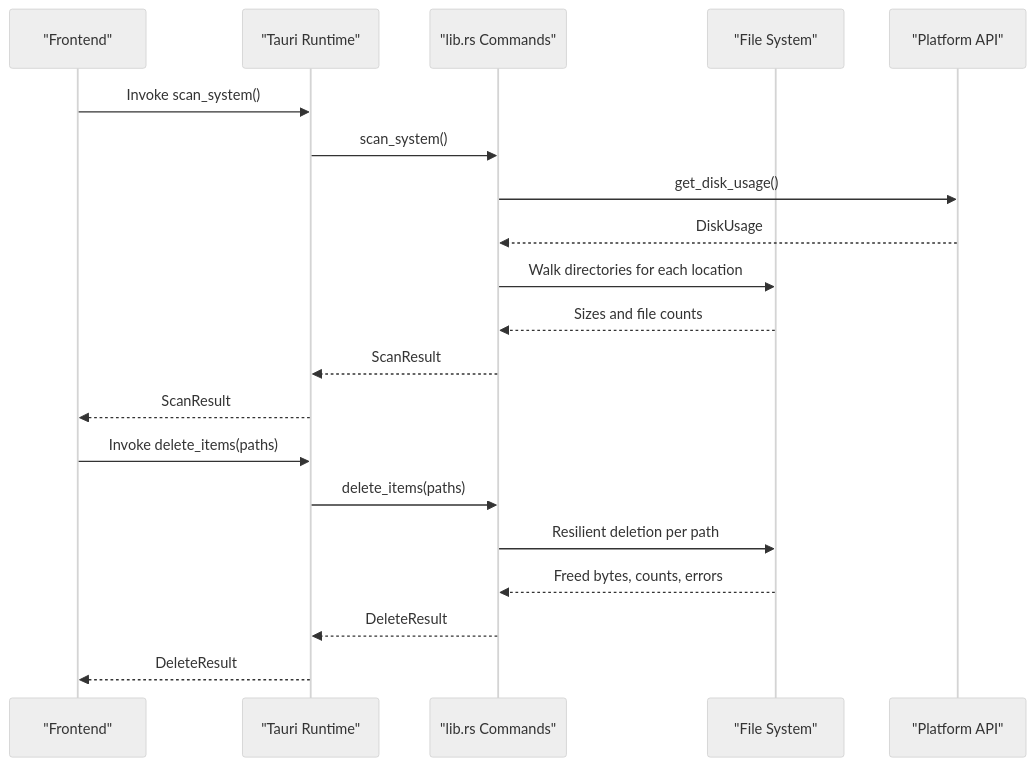
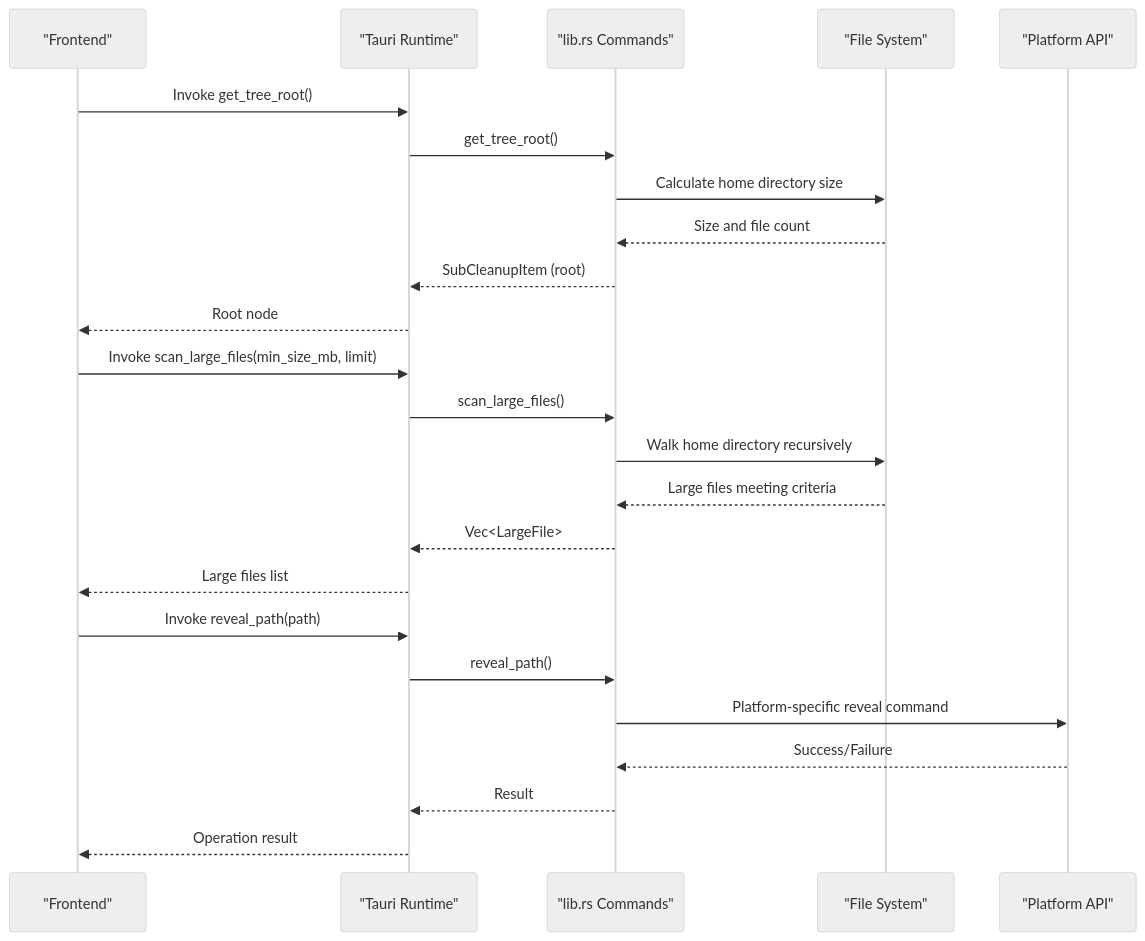
The third of 13 diagrams in .qoder/repowiki/en/content/Technical Implementation Details/Backend Architecture (Rust)/Backend Architecture (Rust).md (mrtruongleo/FreeSpaceMacos), drawn with Mermaid (neutral theme) before and after one commit. The commit also changed other lines of this file and 31 other files, not shown here.

````diff
--- a/.qoder/repowiki/en/content/Technical Implementation Details/Backend Architecture (Rust)/Backend Architecture (Rust).md
+++ b/.qoder/repowiki/en/content/Technical Implementation Details/Backend Architecture (Rust)/Backend Architecture (Rust).md
@@ -142,22 +165,26 @@
 ```mermaid
 sequenceDiagram
 participant UI as "Frontend"
 participant Tauri as "Tauri Runtime"
 participant Lib as "lib.rs Commands"
 participant FS as "File System"
 participant OS as "Platform API"
-UI->>Tauri : Invoke scan_system()
-Tauri->>Lib : scan_system()
-Lib->>OS : get_disk_usage()
-OS-->>Lib : DiskUsage
-Lib->>FS : Walk directories for each location
-FS-->>Lib : Sizes and file counts
-Lib-->>Tauri : ScanResult
-Tauri-->>UI : ScanResult
-UI->>Tauri : Invoke delete_items(paths)
-Tauri->>Lib : delete_items(paths)
-Lib->>FS : Resilient deletion per path
-FS-->>Lib : Freed bytes, counts, errors
-Lib-->>Tauri : DeleteResult
-Tauri-->>UI : DeleteResult
+UI->>Tauri : Invoke get_tree_root()
+Tauri->>Lib : get_tree_root()
+Lib->>FS : Calculate home directory size
+FS-->>Lib : Size and file count
+Lib-->>Tauri : SubCleanupItem (root)
+Tauri-->>UI : Root node
+UI->>Tauri : Invoke scan_large_files(min_size_mb, limit)
+Tauri->>Lib : scan_large_files()
+Lib->>FS : Walk home directory recursively
+FS-->>Lib : Large files meeting criteria
+Lib-->>Tauri : Vec<LargeFile>
+Tauri-->>UI : Large files list
+UI->>Tauri : Invoke reveal_path(path)
+Tauri->>Lib : reveal_path()
+Lib->>OS : Platform-specific reveal command
+OS-->>Lib : Success/Failure
+Lib-->>Tauri : Result
+Tauri-->>UI : Operation result
 ```
````
